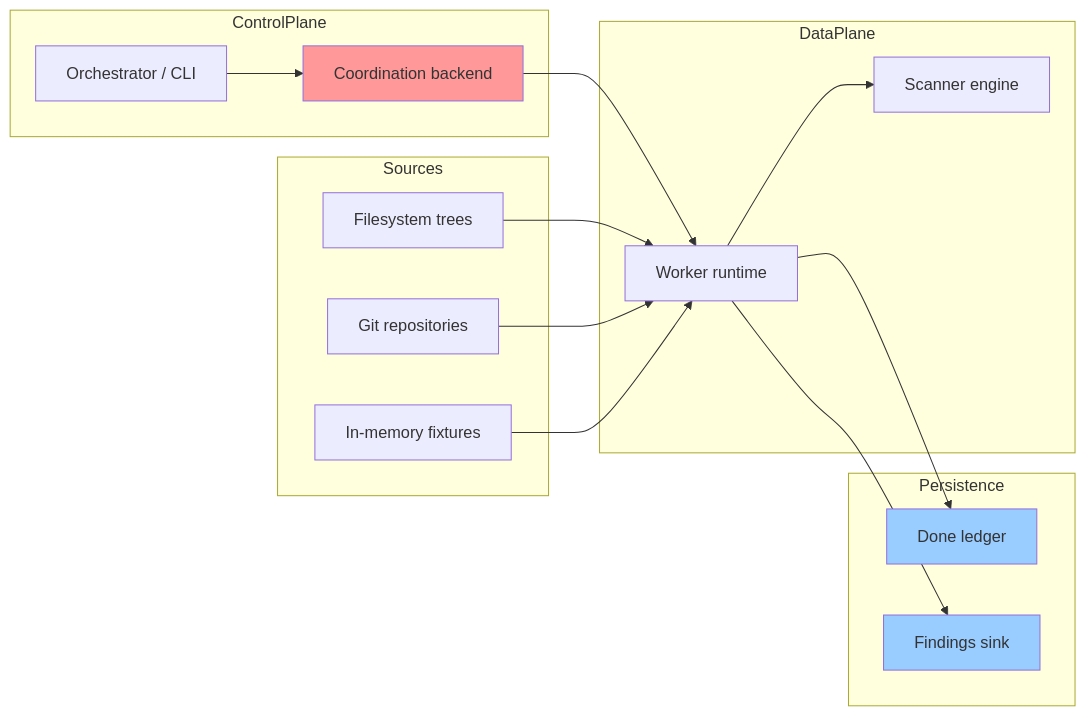
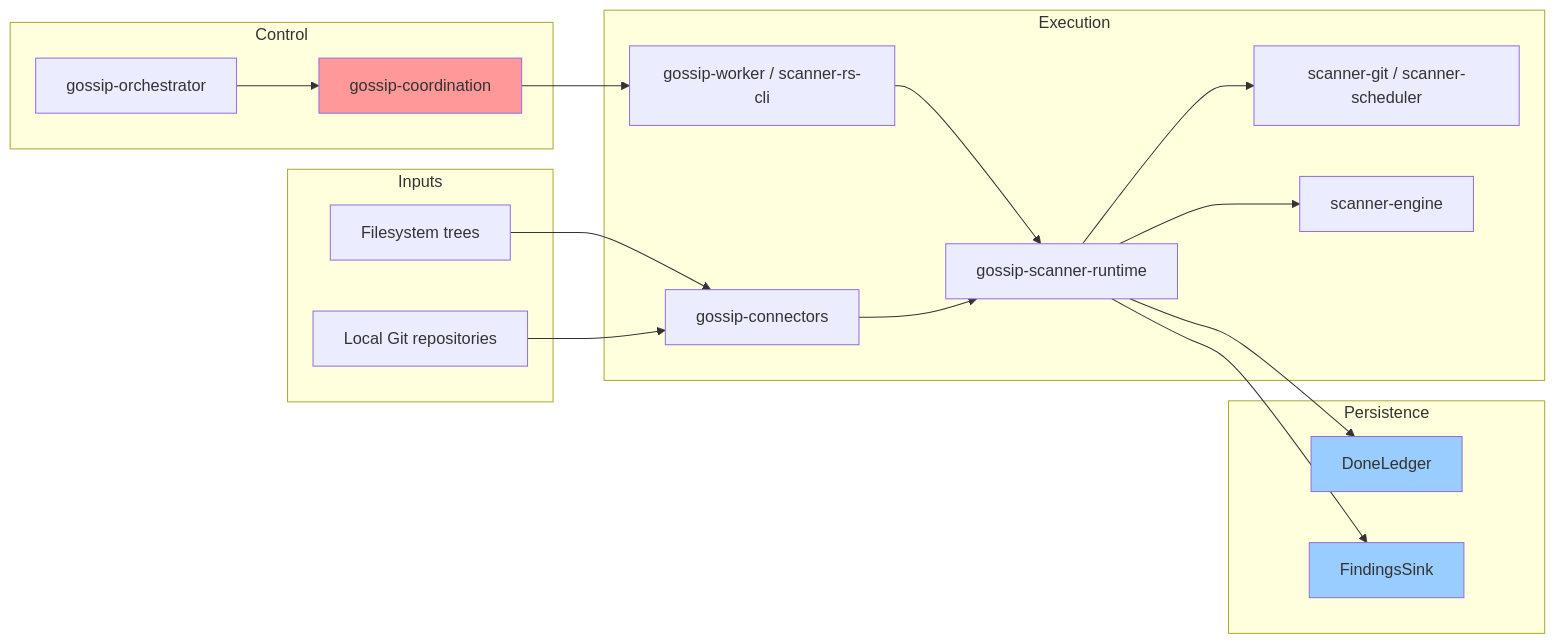
The diagram in 00-prologue/01-what-problem-are-we-solving.md (ahrav/gossip-rs-learning-guide), drawn with Mermaid before and after one commit. The commit also changed other lines of this file and 2 other files, not shown here.

````diff
--- a/00-prologue/01-what-problem-are-we-solving.md
+++ b/00-prologue/01-what-problem-are-we-solving.md
@@ -92,36 +93,40 @@
 ```mermaid
 graph LR
-    subgraph Sources
+    subgraph Inputs
         FS[Filesystem trees]
-        GR[Git repositories]
-        IM[In-memory fixtures]
+        GR[Local Git repositories]
     end
 
-    subgraph ControlPlane
-        ORCH[Orchestrator / CLI]
-        CO[Coordination backend]
+    subgraph Control
+        OR[gossip-orchestrator]
+        CO[gossip-coordination]
     end
 
-    subgraph DataPlane
-        WR[Worker runtime]
-        SE[Scanner engine]
+    subgraph Execution
+        WK[gossip-worker / scanner-rs-cli]
+        RT[gossip-scanner-runtime]
+        CN[gossip-connectors]
+        SG[scanner-git / scanner-scheduler]
+        SE[scanner-engine]
     end
 
     subgraph Persistence
-        DL[Done ledger]
-        FI[Findings sink]
+        DL[DoneLedger]
+        FI[FindingsSink]
     end
 
-    ORCH --> CO
-    CO --> WR
-    FS --> WR
-    GR --> WR
-    IM --> WR
-    WR --> SE
-    WR --> DL
-    WR --> FI
+    FS --> CN
+    GR --> CN
+    OR --> CO
+    CO --> WK
+    WK --> RT
+    CN --> RT
+    RT --> SG
+    RT --> SE
+    RT --> DL
+    RT --> FI
 
     style CO fill:#ff9999
     style DL fill:#99ccff
     style FI fill:#99ccff
 ```
````
